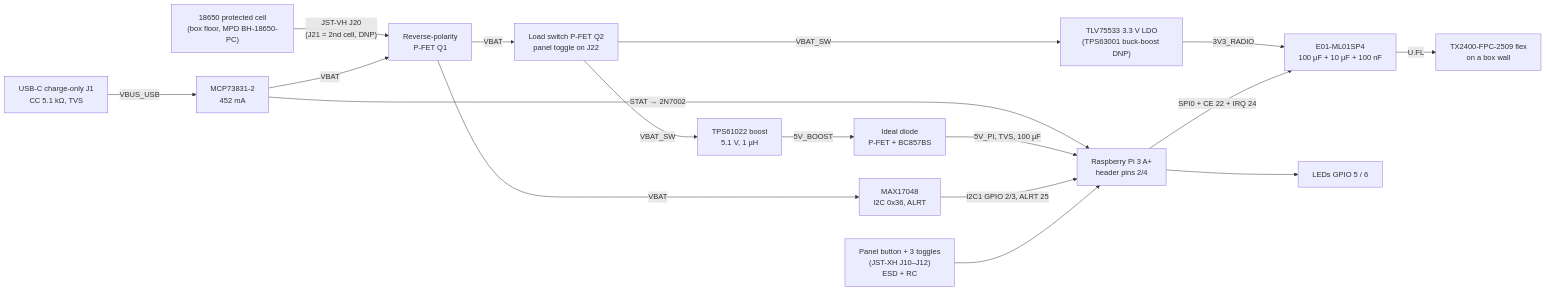
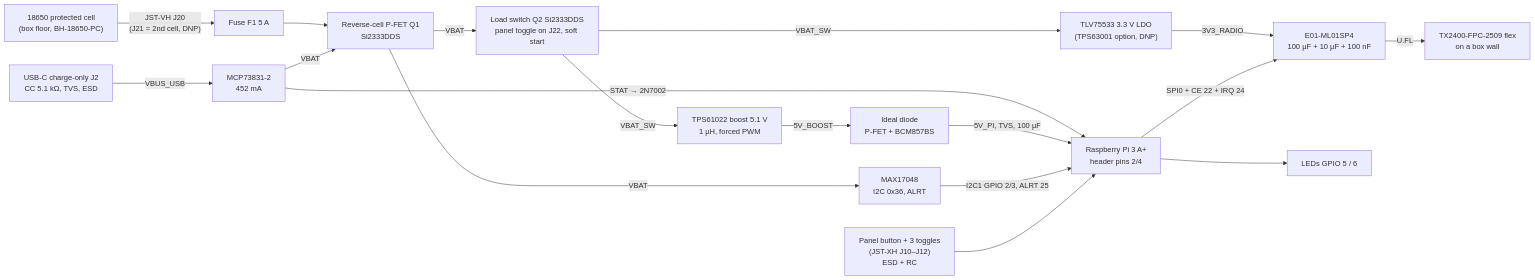
One commit to MicheleLamberti/mtp-f26-teamc changed the diagram in hw/DESIGN_NOTES.md. Above: the diagram before and after it, drawn with Mermaid. The commit also changed other lines of this file and 20 other files, not shown here.

First line of the commit message:
carrier: review fixes (Si2333DDS, BCM857BS, fuse, soft start, D_SMF, pull-ups to 3V3_PI, MODE->VIN), power+SPI routed (DRC 0 errors), GND vias, BoM, design notes; CLAUDE.md session log

````diff
--- a/hw/DESIGN_NOTES.md
+++ b/hw/DESIGN_NOTES.md
@@ -41,19 +49,20 @@
 ```mermaid
 flowchart LR
-  CELL["18650 protected cell<br/>(box floor, MPD BH-18650-PC)"] -- "JST-VH J20<br/>(J21 = 2nd cell, DNP)" --> RP["Reverse-polarity<br/>P-FET Q1"]
-  USBC["USB-C charge-only J1<br/>CC 5.1 kΩ, TVS"] -- VBUS_USB --> CHG["MCP73831-2<br/>452 mA"]
+  CELL["18650 protected cell<br/>(box floor, BH-18650-PC)"] -- "JST-VH J20<br/>(J21 = 2nd cell, DNP)" --> F1["Fuse F1 5 A"]
+  F1 --> RP["Reverse-cell P-FET Q1<br/>Si2333DDS"]
+  USBC["USB-C charge-only J2<br/>CC 5.1 kΩ, TVS, ESD"] -- VBUS_USB --> CHG["MCP73831-2<br/>452 mA"]
   CHG -- VBAT --> RP
   CHG -- "STAT → 2N7002" --> PI
   RP -- VBAT --> FG["MAX17048<br/>I2C 0x36, ALRT"]
-  RP -- VBAT --> PSW["Load switch P-FET Q2<br/>panel toggle on J22"]
-  PSW -- VBAT_SW --> BST["TPS61022 boost<br/>5.1 V, 1 µH"]
-  PSW -- VBAT_SW --> LDO["TLV75533 3.3 V LDO<br/>(TPS63001 buck-boost DNP)"]
-  BST -- 5V_BOOST --> ZVD["Ideal diode<br/>P-FET + BC857BS"]
+  RP -- VBAT --> PSW["Load switch Q2 Si2333DDS<br/>panel toggle on J22, soft start"]
+  PSW -- VBAT_SW --> BST["TPS61022 boost 5.1 V<br/>1 µH, forced PWM"]
+  PSW -- VBAT_SW --> LDO["TLV75533 3.3 V LDO<br/>(TPS63001 option, DNP)"]
+  BST -- 5V_BOOST --> ZVD["Ideal diode<br/>P-FET + BCM857BS"]
   ZVD -- "5V_PI, TVS, 100 µF" --> PI["Raspberry Pi 3 A+<br/>header pins 2/4"]
   LDO -- 3V3_RADIO --> SP4["E01-ML01SP4<br/>100 µF + 10 µF + 100 nF"]
   PI -- "SPI0 + CE 22 + IRQ 24" --> SP4
   FG -- "I2C1 GPIO 2/3, ALRT 25" --> PI
   UI["Panel button + 3 toggles<br/>(JST-XH J10–J12)<br/>ESD + RC"] --> PI
   PI --> LED["LEDs GPIO 5 / 6"]
   SP4 -- U.FL --> ANT["TX2400-FPC-2509 flex<br/>on a box wall"]
 ```
````
